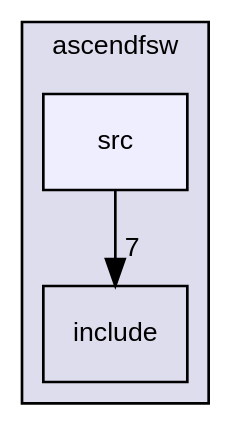
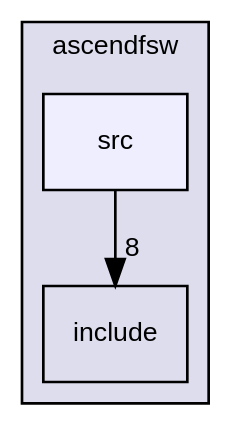
One commit to ASU-ASCEND/Fall-2024 changed the diagram in docs/dir_d7d498d630d77a78877888d5961eb9e9_dep.dot. Above: the diagram before and after it, drawn with Graphviz. The commit also changed 56 other files, not shown here.

```diff
--- a/docs/dir_d7d498d630d77a78877888d5961eb9e9_dep.dot
+++ b/docs/dir_d7d498d630d77a78877888d5961eb9e9_dep.dot
@@ -1,12 +1,12 @@
 digraph "/home/runner/work/Fall-2024/Fall-2024/ascendfsw/src" {
   bgcolor=transparent;
   compound=true
   node [ fontsize="10", fontname="Helvetica"];
   edge [ labelfontsize="10", labelfontname="Helvetica"];
   subgraph clusterdir_ff455c5362987bedc71331f2f73f324a {
     graph [ bgcolor="#ddddee", pencolor="black", label="ascendfsw" fontname="Helvetica", fontsize="10", URL="dir_ff455c5362987bedc71331f2f73f324a.html"]
   dir_598cc9471c9d54adc06440bf1ece3782 [shape=box label="include" URL="dir_598cc9471c9d54adc06440bf1ece3782.html"];
   dir_d7d498d630d77a78877888d5961eb9e9 [shape=box, label="src", style="filled", fillcolor="#eeeeff", pencolor="black", URL="dir_d7d498d630d77a78877888d5961eb9e9.html"];
   }
-  dir_d7d498d630d77a78877888d5961eb9e9->dir_598cc9471c9d54adc06440bf1ece3782 [headlabel="7", labeldistance=1.5 headhref="dir_000002_000001.html"];
+  dir_d7d498d630d77a78877888d5961eb9e9->dir_598cc9471c9d54adc06440bf1ece3782 [headlabel="8", labeldistance=1.5 headhref="dir_000002_000001.html"];
 }
```
